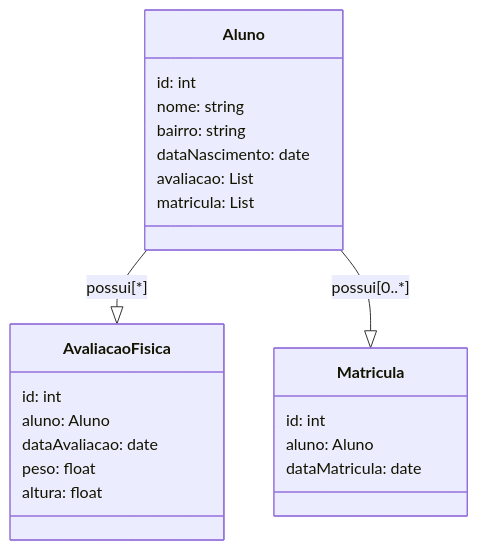
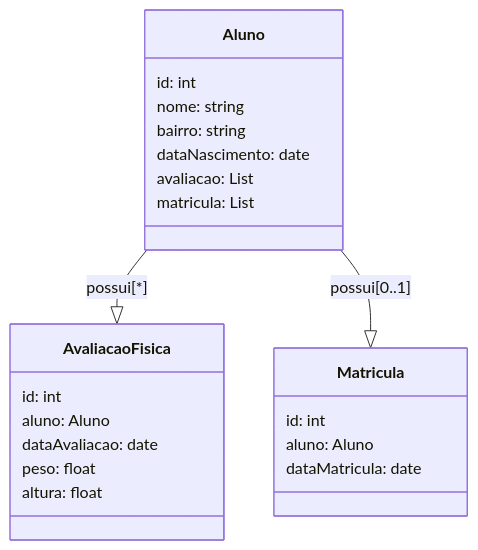
The diagram in desafios-java/academia-digital/README.md (UenoSilva/dio_lab_cursos), drawn with Mermaid before and after one commit.

Commit message:
doc: alterando o README.md

````diff
--- a/desafios-java/academia-digital/README.md
+++ b/desafios-java/academia-digital/README.md
@@ -25,28 +25,28 @@
 ```mermaid
 classDiagram
   class Aluno {
     id: int
     nome: string
     bairro: string
     dataNascimento: date
     avaliacao: List<AvaliacaoFisica>
     matricula: List<Matricula>
   }
 
   class AvaliacaoFisica {
     id: int
     aluno: Aluno
     dataAvaliacao: date
     peso: float
     altura: float
   }
 
   class Matricula {
     id: int
     aluno: Aluno
     dataMatricula: date
   }
 
   Aluno --|> AvaliacaoFisica : possui[*]
-  Aluno --|> Matricula : possui[0..*]
+  Aluno --|> Matricula : possui[0..1]
 ```
````
